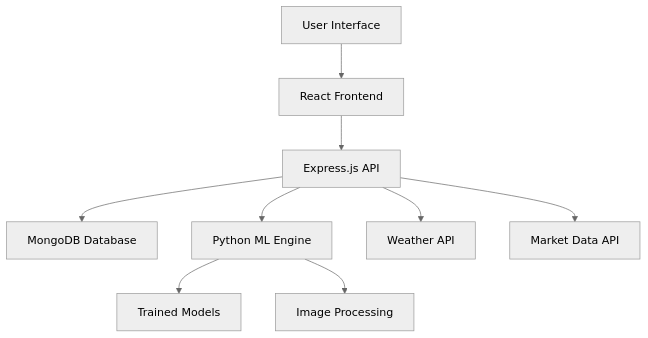
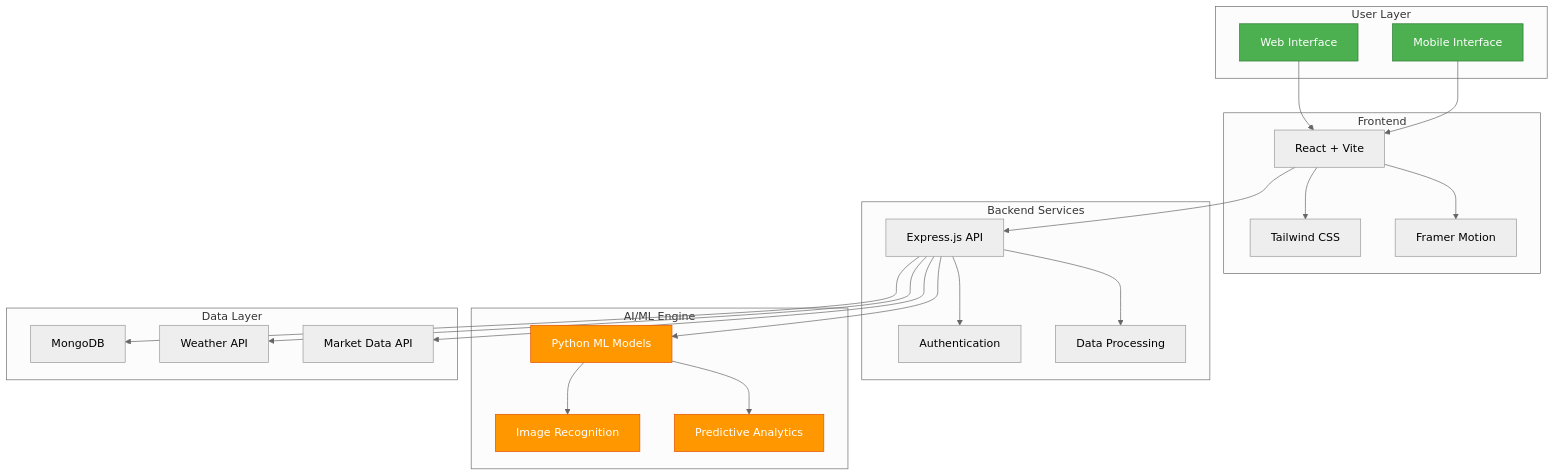
Before and after one commit to Guna42/kisaan: the diagram in README.md, drawn with Mermaid (neutral theme). The commit also changed other lines of this file, not shown here.

````diff
--- a/README.md
+++ b/README.md
@@ -86,11 +133,51 @@
 ```mermaid
 graph TB
-    A[User Interface] --> B[React Frontend]
-    B --> C[Express.js API]
-    C --> D[MongoDB Database]
-    C --> E[Python ML Engine]
-    C --> F[Weather API]
-    C --> G[Market Data API]
-    E --> H[Trained Models]
-    E --> I[Image Processing]
+    subgraph "User Layer"
+        A[Web Interface]
+        B[Mobile Interface]
+    end
+    
+    subgraph "Frontend"
+        C[React + Vite]
+        D[Tailwind CSS]
+        E[Framer Motion]
+    end
+    
+    subgraph "Backend Services"
+        F[Express.js API]
+        G[Authentication]
+        H[Data Processing]
+    end
+    
+    subgraph "AI/ML Engine"
+        I[Python ML Models]
+        J[Image Recognition]
+        K[Predictive Analytics]
+    end
+    
+    subgraph "Data Layer"
+        L[MongoDB]
+        M[Weather API]
+        N[Market Data API]
+    end
+    
+    A --> C
+    B --> C
+    C --> D
+    C --> E
+    C --> F
+    F --> G
+    F --> H
+    F --> I
+    I --> J
+    I --> K
+    F --> L
+    F --> M
+    F --> N
+    
+    style A fill:#4CAF50,stroke:#2E7D32,color:#fff
+    style B fill:#4CAF50,stroke:#2E7D32,color:#fff
+    style I fill:#FF9800,stroke:#E65100,color:#fff
+    style J fill:#FF9800,stroke:#E65100,color:#fff
+    style K fill:#FF9800,stroke:#E65100,color:#fff
 ```
````
